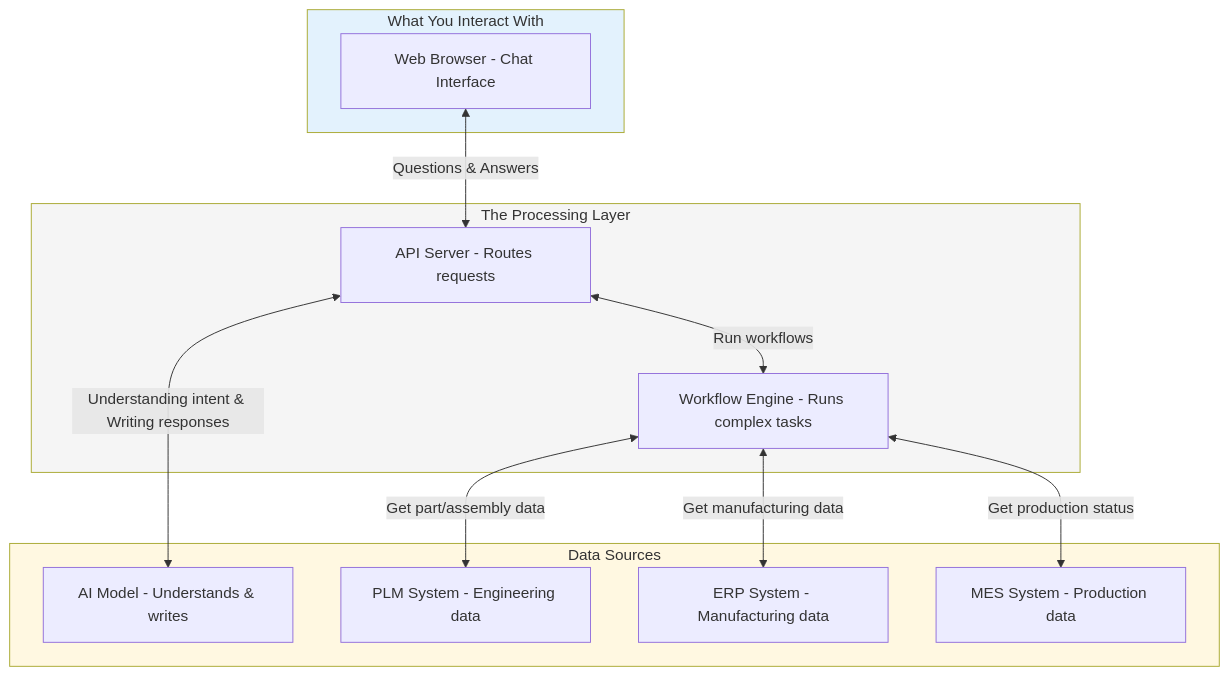
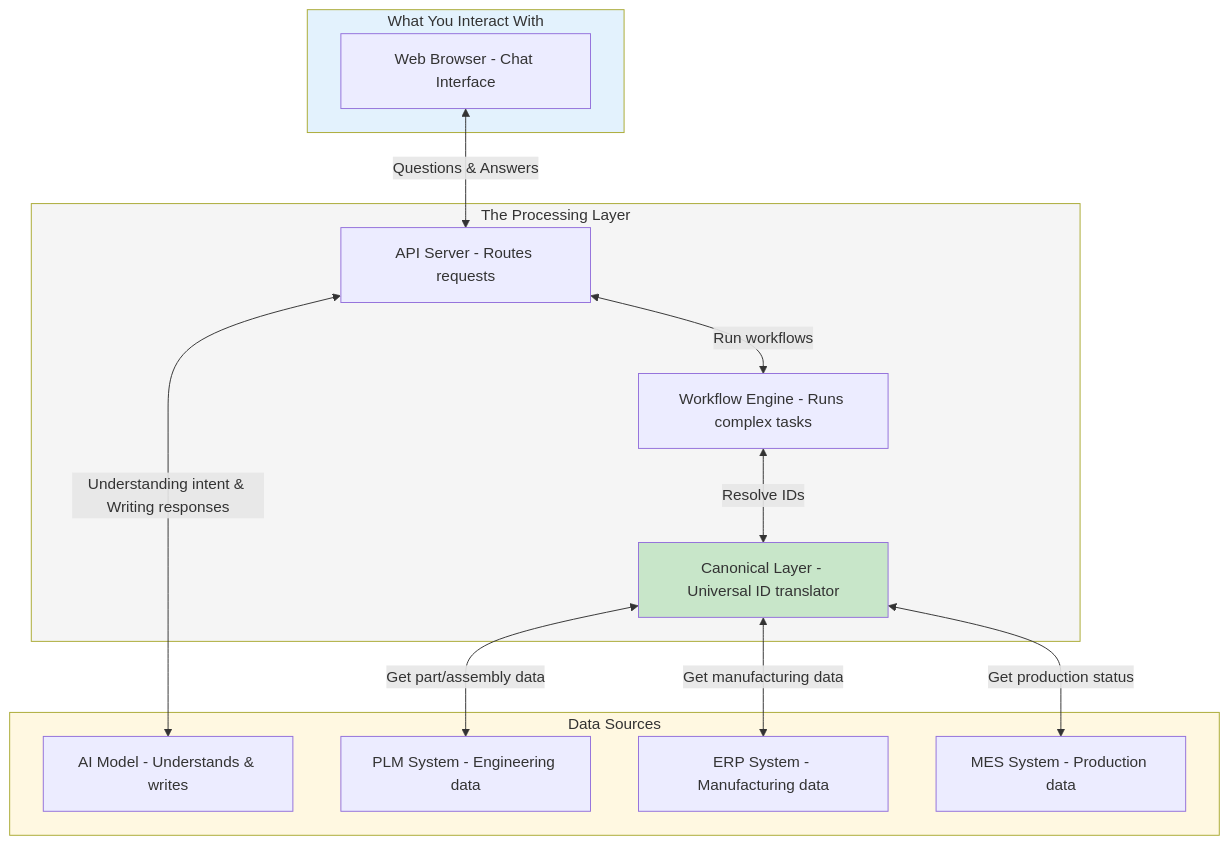
The third of 5 diagrams in DOCUMENTATION.md (martek-cloud/iQbrain-Deterministic-Agent-Stable), drawn with Mermaid before and after one commit. The commit also changed other lines of this file, not shown here.

````diff
--- a/DOCUMENTATION.md
+++ b/DOCUMENTATION.md
@@ -163,29 +163,32 @@
 ```mermaid
 flowchart TB
     subgraph User["What You Interact With"]
         UI[Web Browser - Chat Interface]
     end
     
     subgraph Server["The Processing Layer"]
         API[API Server - Routes requests]
+        CAN[Canonical Layer - Universal ID translator]
         TMP[Workflow Engine - Runs complex tasks]
     end
     
     subgraph External["Data Sources"]
         LLM[AI Model - Understands & writes]
         PLM[PLM System - Engineering data]
         ERP[ERP System - Manufacturing data]
         MES[MES System - Production data]
     end
     
     UI <-->|"Questions & Answers"| API
     API <-->|"Understanding intent & Writing responses"| LLM
     API <-->|"Run workflows"| TMP
-    TMP <-->|"Get part/assembly data"| PLM
-    TMP <-->|"Get manufacturing data"| ERP
-    TMP <-->|"Get production status"| MES
+    TMP <-->|"Resolve IDs"| CAN
+    CAN <-->|"Get part/assembly data"| PLM
+    CAN <-->|"Get manufacturing data"| ERP
+    CAN <-->|"Get production status"| MES
     
     style User fill:#e3f2fd
     style Server fill:#f5f5f5
     style External fill:#fff8e1
+    style CAN fill:#c8e6c9
 ```
````
